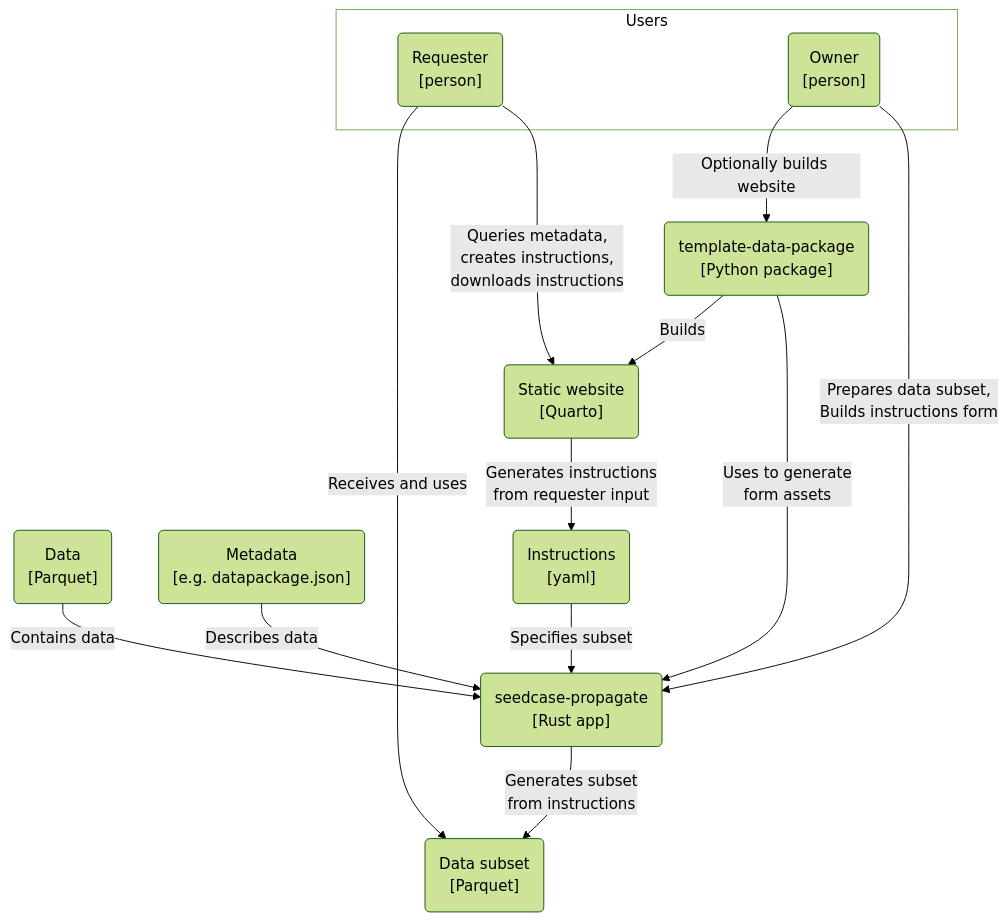
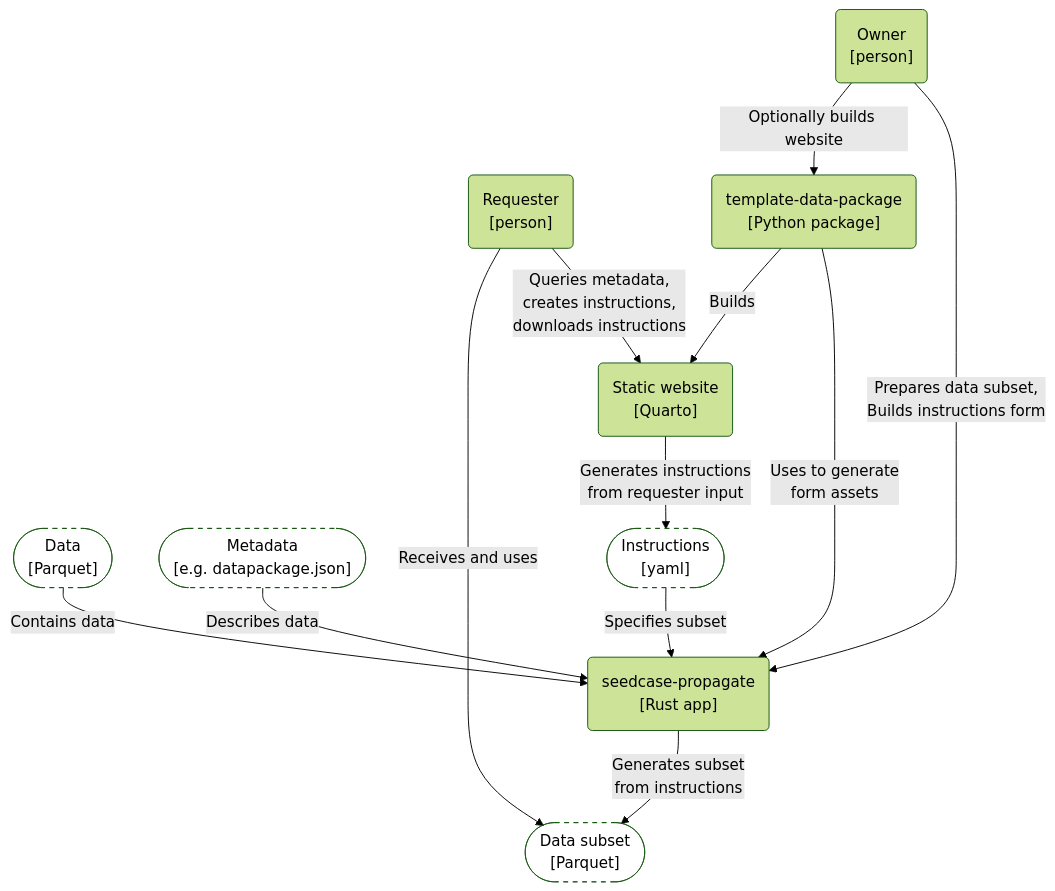
Before and after one commit to seedcase-project/seedcase-propagate: the first of 2 diagrams in docs/design/architecture.qmd, drawn with Mermaid (forest theme). The commit also changed other lines of this file, not shown here.

Commit message:
style: 🎨 improve diagram style

````diff
--- a/docs/design/architecture.qmd
+++ b/docs/design/architecture.qmd
@@ -67,39 +67,38 @@
 ```{mermaid}
 %%| label: fig-c4-context
 %%| fig-cap: "C4 system context diagram showing the users and external systems Propagate interacts with."
 
 flowchart TD
 
-    subgraph Users
     user_requester("Requester<br>[person]")
     user_owner("Owner<br>[person]")
-    end
 
-    data("Data<br>[Parquet]")
-    metadata("Metadata<br>[e.g. datapackage.json]")
-    instructions("Instructions<br>[yaml]")
+    data(["Data<br>[Parquet]"])
+    metadata(["Metadata<br>[e.g. datapackage.json]"])
+    instructions(["Instructions<br>[yaml]"])
 
     propagate("seedcase-propagate<br>[Rust app]")
     template_dp("template-data-package<br>[Python package]")
     website("Static website<br>[Quarto]")
 
-    subset("Data subset<br>[Parquet]")
+    subset(["Data subset<br>[Parquet]"])
 
     metadata --"Describes data"--> propagate
     data --"Contains data"--> propagate
     instructions --"Specifies subset"--> propagate
 
     user_owner --"Prepares data subset,<br>Builds instructions form"--> propagate
     user_owner --"Optionally builds website"--> template_dp
     user_requester --"Queries metadata,<br>creates instructions,<br>downloads instructions"--> website
     template_dp --"Uses to generate<br>form assets"--> propagate
 
     template_dp --"Builds"--> website
     website --"Generates instructions<br>from requester input"--> instructions
     propagate --"Generates subset<br>from instructions"--> subset
 
     user_requester --"Receives and uses"--> subset
 
     %% Styling
-    style Users fill:#FFFFFF, color:#000000
+    classDef artifact fill:transparent, stroke-dasharray: 5 5
+    class metadata,data,instructions,subset artifact
 ```
````
